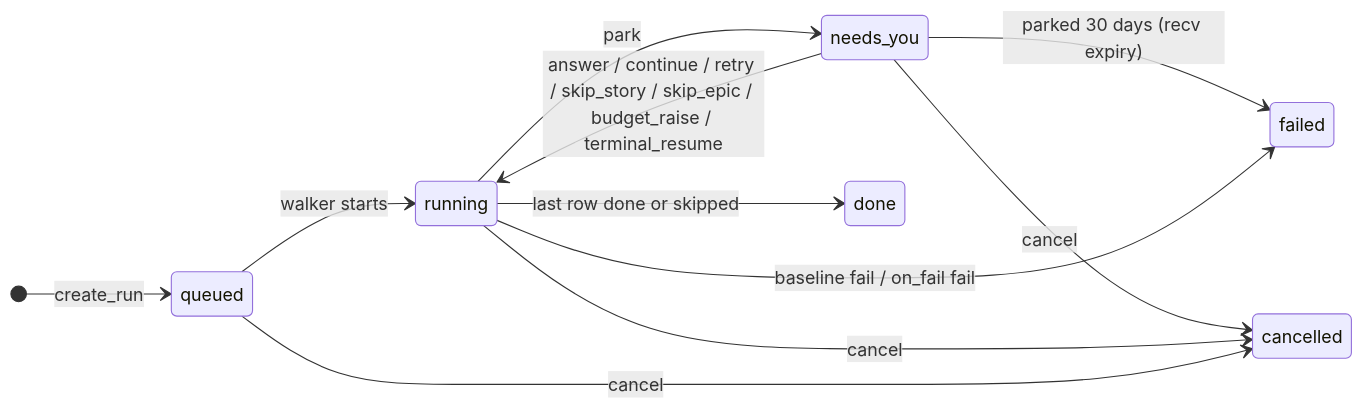
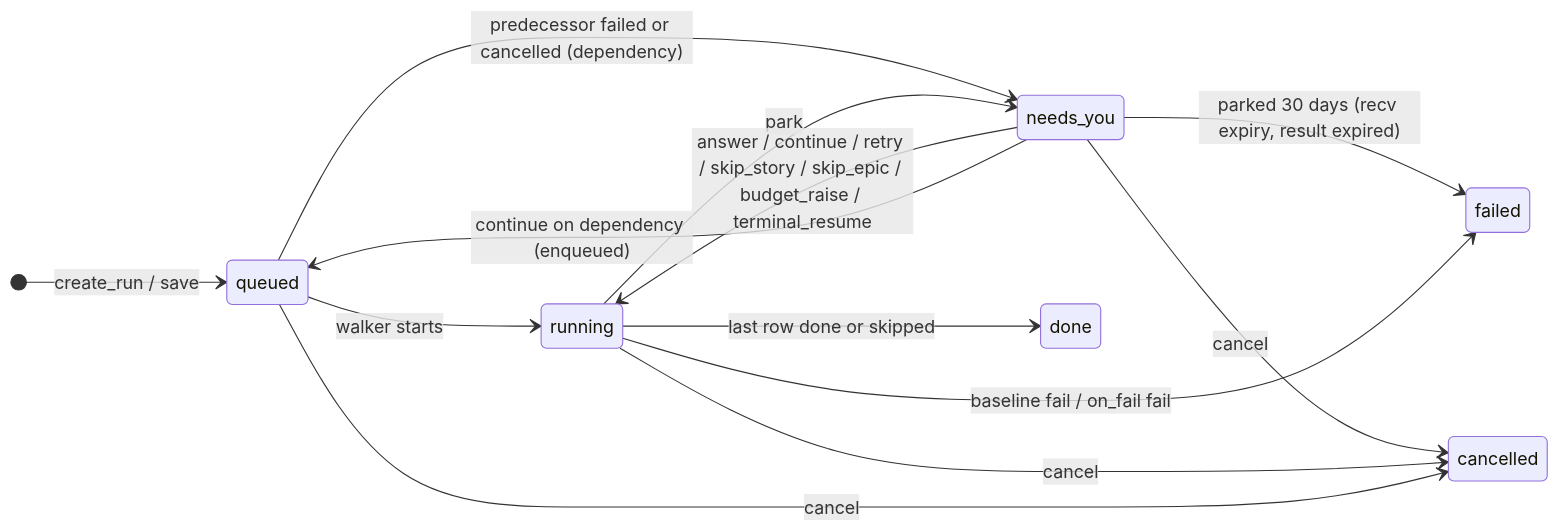
Before and after one commit to rebecamurillo/ai-orchestrator: the second of 6 diagrams in _bmad-output/planning-artifacts/mvp/architecture/ARCHITECTURE-SPINE.md, drawn with Mermaid. The commit also changed other lines of this file and 39 other files, not shown here.

````diff
--- a/_bmad-output/planning-artifacts/mvp/architecture/ARCHITECTURE-SPINE.md
+++ b/_bmad-output/planning-artifacts/mvp/architecture/ARCHITECTURE-SPINE.md
@@ -108,14 +109,16 @@
 ```mermaid
 stateDiagram-v2
   direction LR
-  [*] --> queued: create_run
+  [*] --> queued: create_run / save
   queued --> running: walker starts
+  queued --> needs_you: predecessor failed or cancelled (dependency)
   running --> needs_you: park
   needs_you --> running: answer / continue / retry / skip_story / skip_epic / budget_raise / terminal_resume
-  needs_you --> failed: parked 30 days (recv expiry)
+  needs_you --> queued: continue on dependency (enqueued)
+  needs_you --> failed: parked 30 days (recv expiry, result expired)
   running --> done: last row done or skipped
   running --> failed: baseline fail / on_fail fail
   needs_you --> cancelled: cancel
   running --> cancelled: cancel
   queued --> cancelled: cancel
 ```
````
